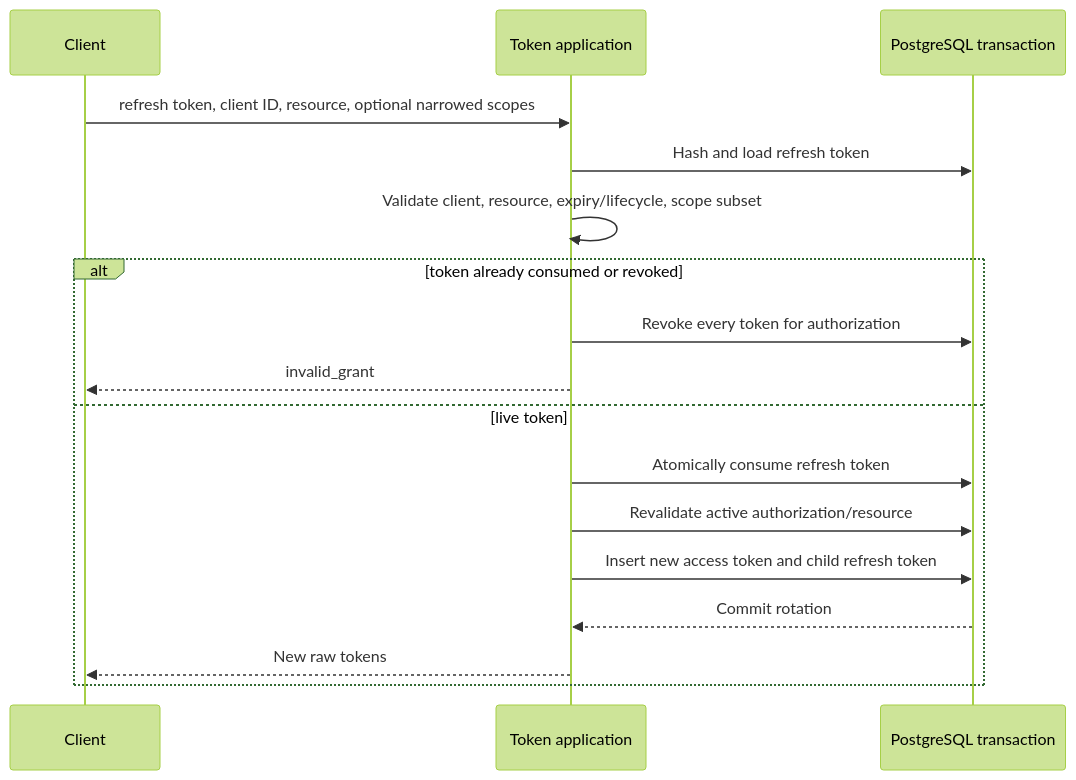
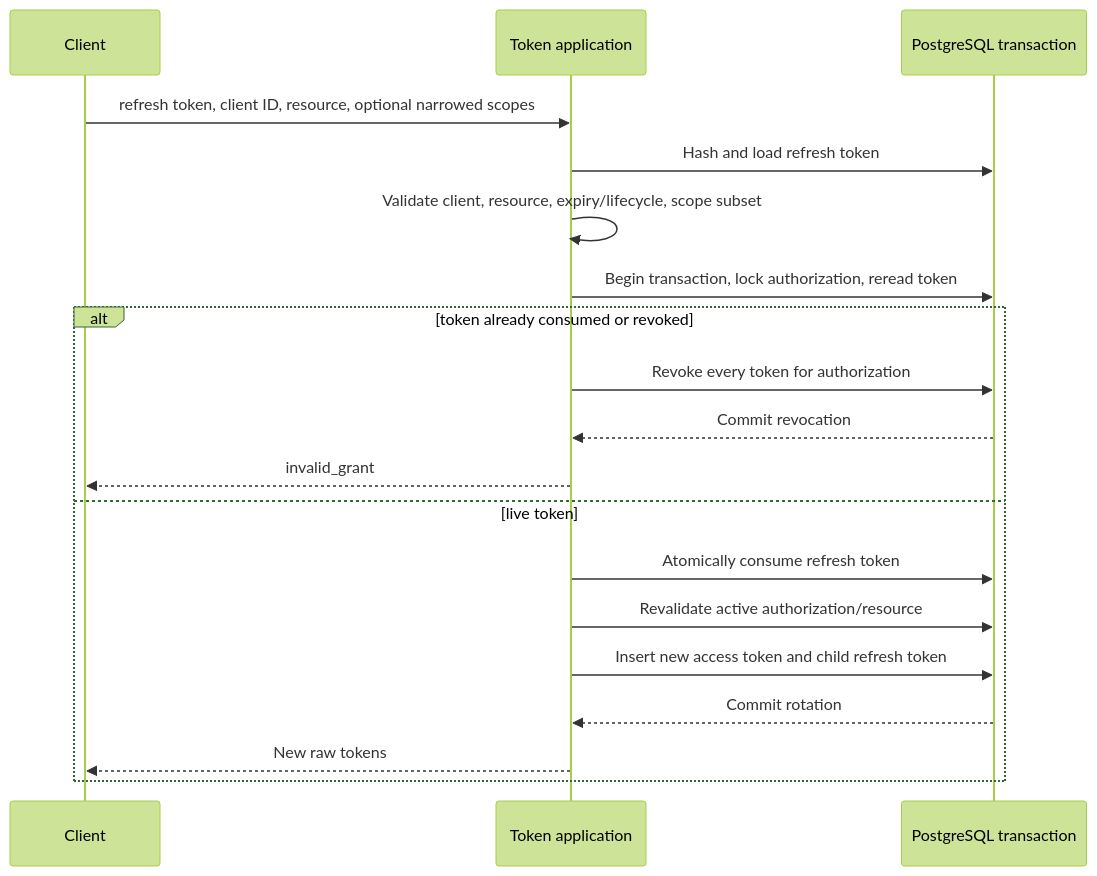
Before and after one commit to thenamespace/namera: the diagram in architecture/auth/oauth/tokens.md, drawn with Mermaid (forest theme). The commit also changed other lines of this file and 4 other files, not shown here.

````diff
--- a/architecture/auth/oauth/tokens.md
+++ b/architecture/auth/oauth/tokens.md
@@ -11,19 +11,21 @@
 ```mermaid
 sequenceDiagram
   participant Client
   participant App as Token application
   participant DB as PostgreSQL transaction
   Client->>App: refresh token, client ID, resource, optional narrowed scopes
   App->>DB: Hash and load refresh token
   App->>App: Validate client, resource, expiry/lifecycle, scope subset
+  App->>DB: Begin transaction, lock authorization, reread token
   alt token already consumed or revoked
     App->>DB: Revoke every token for authorization
+    DB-->>App: Commit revocation
     App-->>Client: invalid_grant
   else live token
     App->>DB: Atomically consume refresh token
     App->>DB: Revalidate active authorization/resource
     App->>DB: Insert new access token and child refresh token
     DB-->>App: Commit rotation
     App-->>Client: New raw tokens
   end
 ```
````
